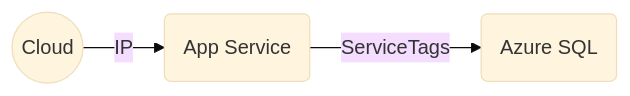
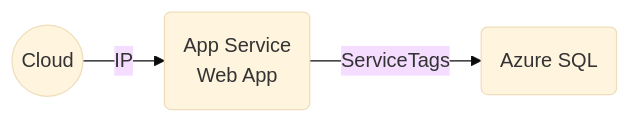
The second of 6 diagrams in README.md (msalemor/app-services-networking), drawn with Mermaid (base theme) before and after one commit. The commit also changed other lines of this file, not shown here.

````diff
--- a/README.md
+++ b/README.md
@@ -27,5 +27,5 @@
 ```mermaid
 graph LR;
-    A((Cloud))-- IP -->B(App Service);
+    A((Cloud))-- IP -->B(App Service<br/>Web App);
     B-- ServiceTags -->C(Azure SQL);
 ```
````
